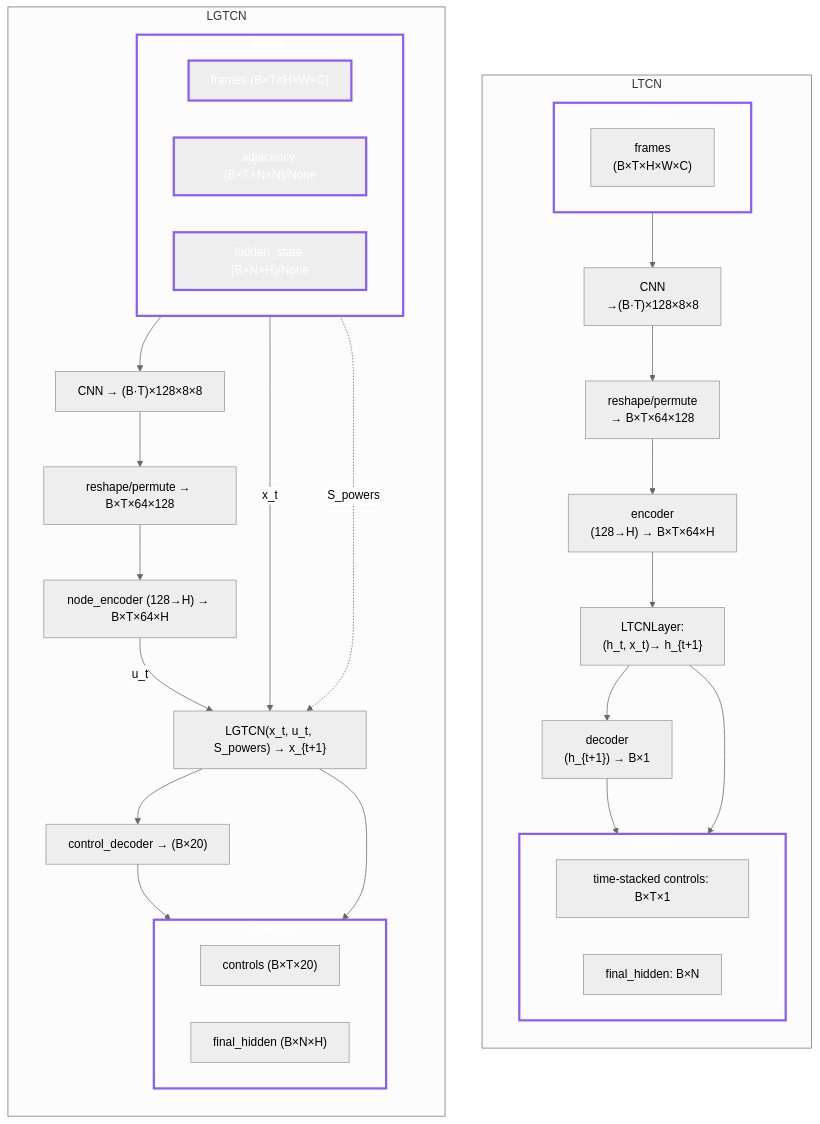
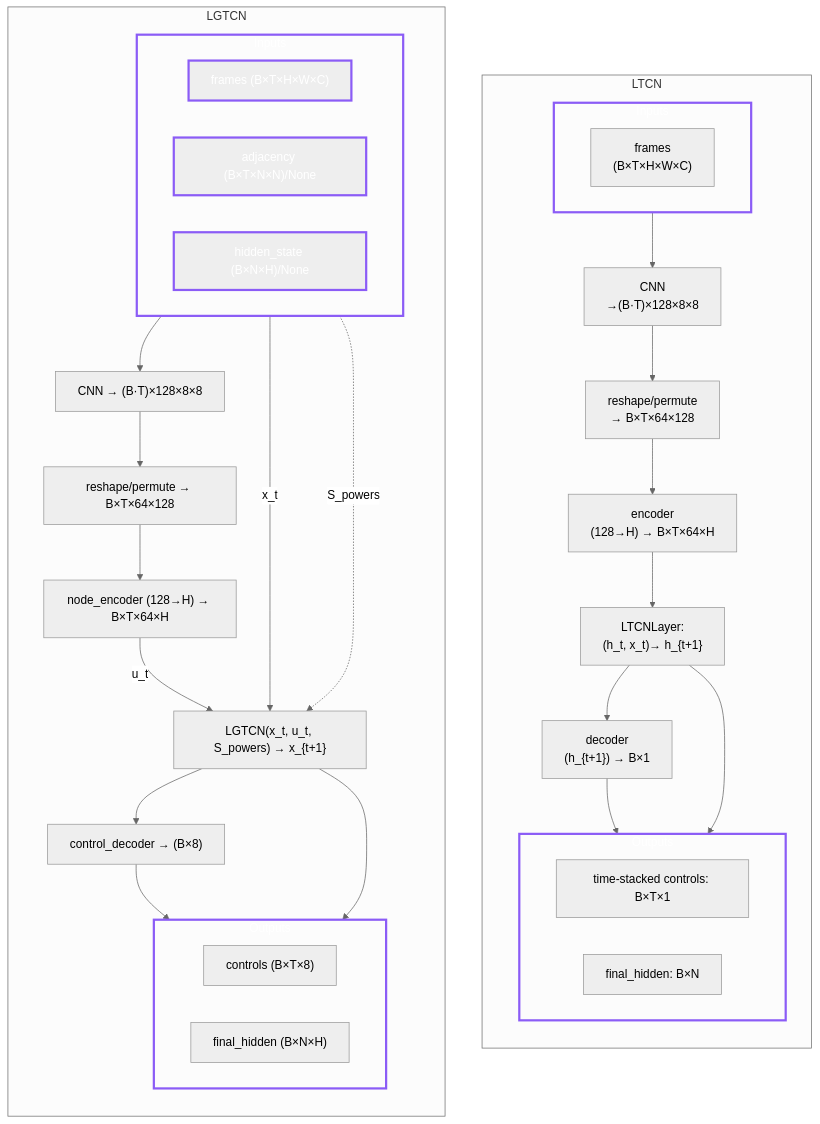
One commit to satra-11/liquid-graph-time-constant-network changed the diagram in README.md. Above: the diagram before and after it, drawn with Mermaid (neutral theme). The commit also changed other lines of this file and 3 other files, not shown here.

````diff
--- a/README.md
+++ b/README.md
@@ -47,59 +61,59 @@
 ```mermaid
 flowchart TD
   %% ===== 左：Title =====
   subgraph L["LTCN"]
     direction TB
     LA["frames <br> (B×T×H×W×C)"]
       --> LB["CNN<br>→(B·T)×128×8×8"]
       --> LC["reshape/permute <br>→ B×T×64×128"]
       --> LD["encoder <br>(128→H) → B×T×64×H"]
       --> LF["LTCNLayer:<br>(h_t, x_t)→ h_{t+1}"]
       --> LG["decoder<br>(h_{t+1}) → B×1"]
     LG --> LH["time-stacked controls: B×T×1"]
     LF --> LI["final_hidden: B×N"]
     subgraph LIN["Inputs"]
       direction LR
       LA
     end
     subgraph LOUT["Outputs"]
       direction LR
       LH
       LI
     end
   end
 
   %% ===== 右：Title 2 =====
   subgraph R["LGTCN"]
     direction TB
     RIN["Inputs"]:::io
     RA["frames (B×T×H×W×C)"]:::io
     RADJ["adjacency (B×T×N×N)/None"]:::io
     RH0["hidden_state (B×N×H)/None"]:::io
 
     RA --> RB["CNN → (B·T)×128×8×8"]
     RB --> RC["reshape/permute → B×T×64×128"]
     RC --> RD["node_encoder (128→H) → B×T×64×H"]
     RH0 -- "x_t" --> RH["LGTCN(x_t, u_t, S_powers) → x_{t+1}"]
     RD -- "u_t" --> RH
     RADJ -. "S_powers" .-> RH
-    RH --> RQ["control_decoder → (B×20)"]
+    RH --> RQ["control_decoder → (B×8)"]
     subgraph RIN["Inputs"]
       direction LR
       RA
       RADJ
       RH0
     end
 
     subgraph ROUT["Outputs"]
       direction LR
-      RO1["controls (B×T×20)"]
+      RO1["controls (B×T×8)"]
       RO2["final_hidden (B×N×H)"]
     end
     RQ --> RO1
     RH --> RO2
   end
 
   %% スタイル
   classDef io stroke:#8b5cf6,stroke-width:3px,color:#fff;
   class LIN,LOUT,RIN,ROUT io;
 ```
````
